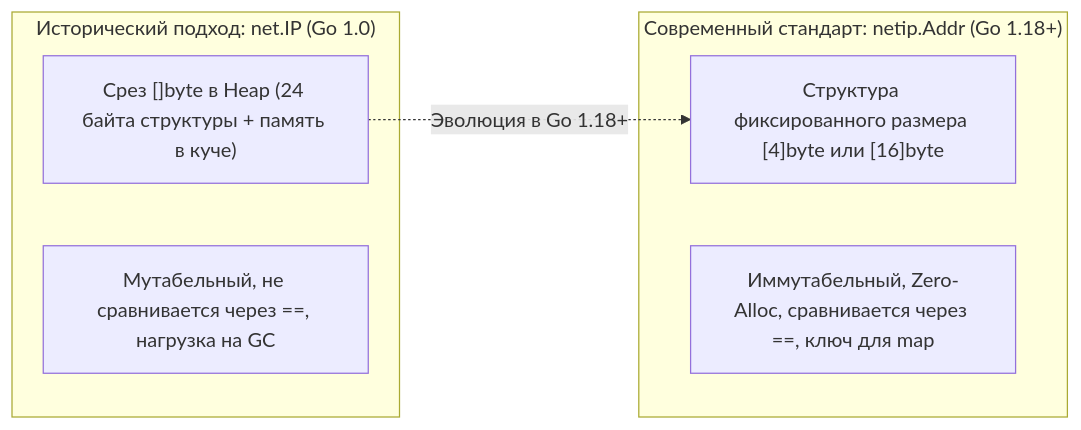
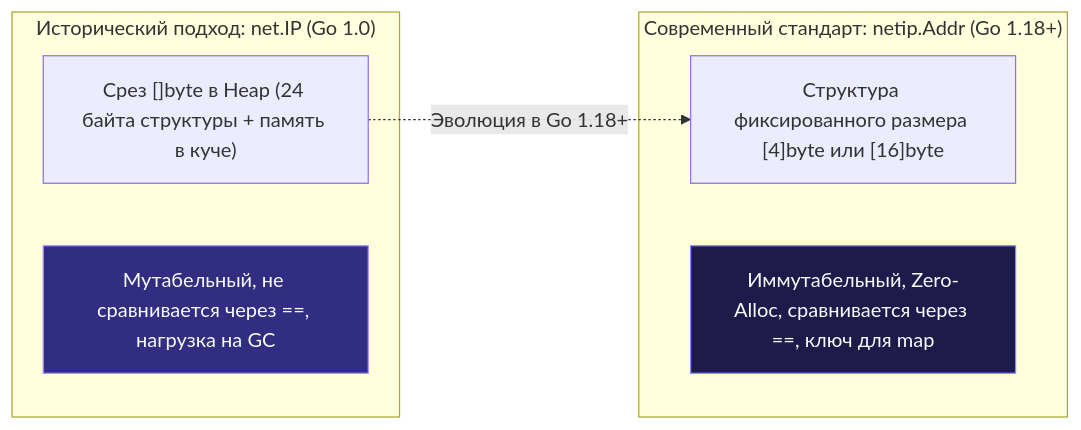
Before and after one commit to UnrealTemplier/go-textbook: the fifth of 5 diagrams in sources/3. Компьютерные сети и сетевой стек/4. IP. IPv4, IPv6 и устройство сетевого пакета.md, drawn with Mermaid. The commit also changed other lines of this file and 1666 other files, not shown here.

First line of the commit message:
feat(mermaid): add semantic color classDef to 1369 colorless flowchart/graph diagrams

````diff
--- a/sources/3. Компьютерные сети и сетевой стек/4. IP. IPv4, IPv6 и устройство сетевого пакета.md
+++ b/sources/3. Компьютерные сети и сетевой стек/4. IP. IPv4, IPv6 и устройство сетевого пакета.md
@@ -231,14 +271,24 @@
 ```mermaid
 flowchart LR
+    classDef process  fill:#1e293b,stroke:#38bdf8,stroke-width:1px,color:#f8fafc
+    classDef success  fill:#064e3b,stroke:#34d399,stroke-width:1px,color:#f8fafc
+    classDef error    fill:#7f1d1d,stroke:#f87171,stroke-width:1px,color:#f8fafc
+    classDef warning  fill:#78350f,stroke:#fbbf24,stroke-width:1px,color:#f8fafc
+    classDef entry    fill:#1e3a5f,stroke:#38bdf8,stroke-width:2px,color:#f8fafc
+    classDef aux      fill:#334155,stroke:#64748b,stroke-width:1px,color:#f8fafc
+    classDef system   fill:#312e81,stroke:#a78bfa,stroke-width:1px,color:#f8fafc
+    classDef data     fill:#132d29,stroke:#2dd4bf,stroke-width:1px,color:#f8fafc
+    classDef network  fill:#881337,stroke:#fb7185,stroke-width:1px,color:#f8fafc
+    classDef accent   fill:#1e1b4b,stroke:#818cf8,stroke-width:1px,color:#f8fafc
     subgraph LegacyGo ["Исторический подход: net.IP (Go 1.0)"]
         SlicePtr["Срез []byte в Heap (24 байта структуры + память в куче)"]
-        GC_Pressure["Мутабельный, не сравнивается через ==, нагрузка на GC"]
+        GC_Pressure["Мутабельный, не сравнивается через ==, нагрузка на GC"]:::system
     end
 
     subgraph ModernGo ["Современный стандарт: netip.Addr (Go 1.18+)"]
         ValueType["Структура фиксированного размера [4]byte или [16]byte"]
-        ZeroAlloc["Иммутабельный, Zero-Alloc, сравнивается через ==, ключ для map"]
+        ZeroAlloc["Иммутабельный, Zero-Alloc, сравнивается через ==, ключ для map"]:::accent
     end
 
     SlicePtr -.->|Эволюция в Go 1.18+| ValueType
 ```
````
